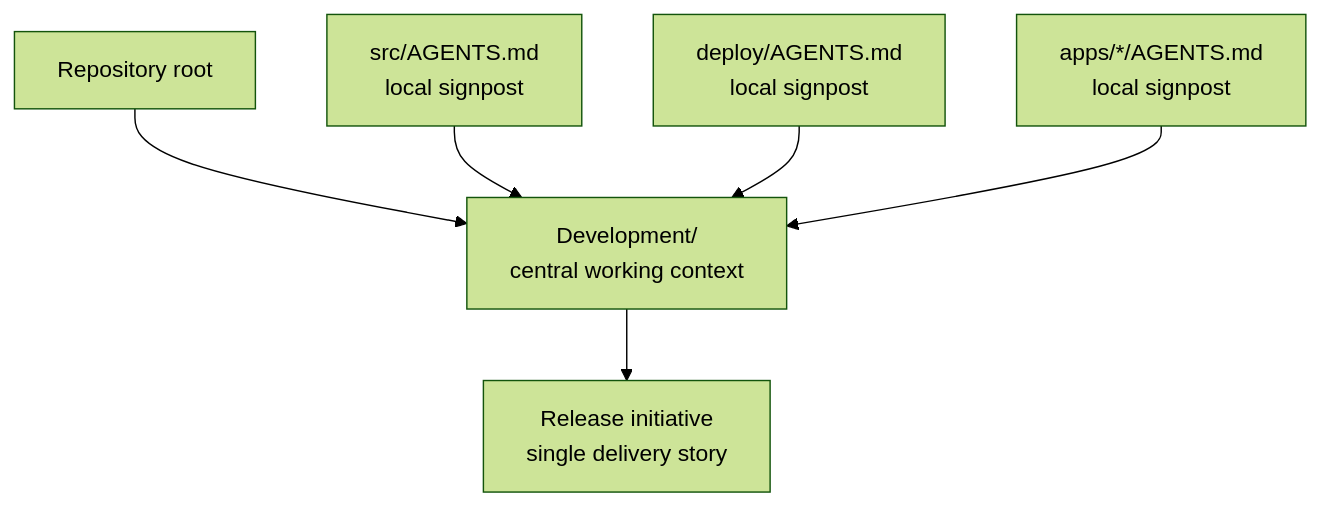
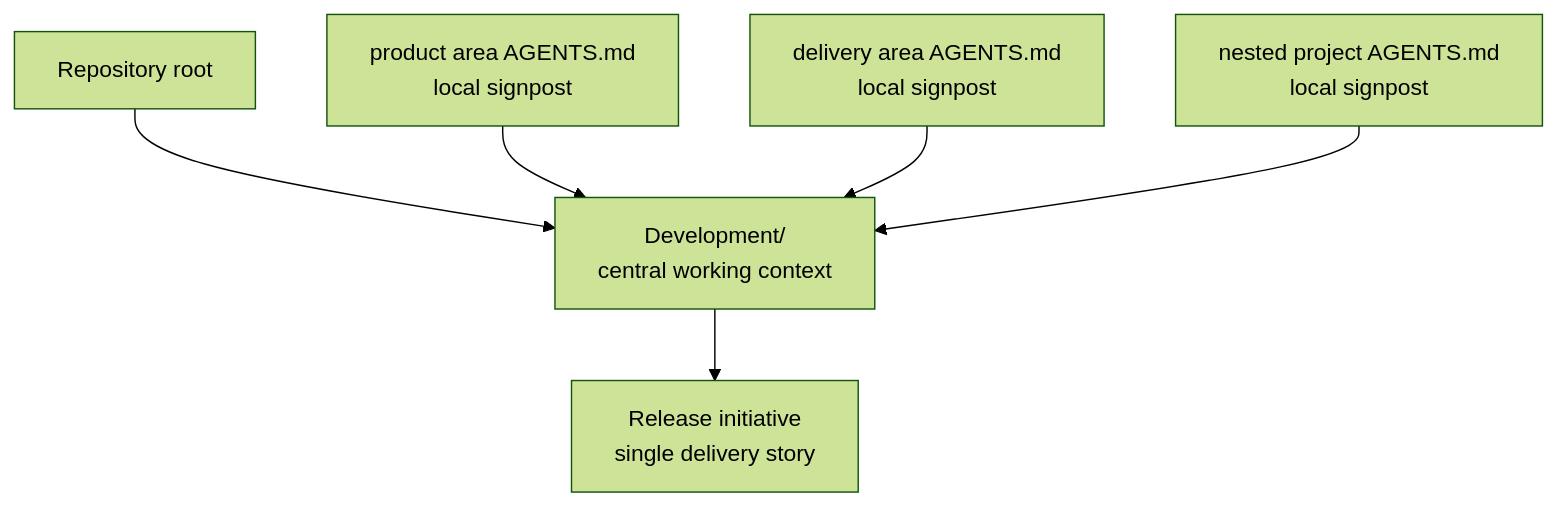
One commit to richieto/durable-context changed the second of 7 diagrams in Development/giving-ai-agents-context-around-code.md. Above: the diagram before and after it, drawn with Mermaid (forest theme). The commit also changed other lines of this file and 15 other files, not shown here.

````diff
--- a/Development/giving-ai-agents-context-around-code.md
+++ b/Development/giving-ai-agents-context-around-code.md
@@ -91,15 +91,15 @@
 ```mermaid
 flowchart TD
   Root["Repository root"]
-  AreaA["src/AGENTS.md<br/>local signpost"]
-  AreaB["deploy/AGENTS.md<br/>local signpost"]
-  AreaC["apps/*/AGENTS.md<br/>local signpost"]
+  AreaA["product area AGENTS.md<br/>local signpost"]
+  AreaB["delivery area AGENTS.md<br/>local signpost"]
+  AreaC["nested project AGENTS.md<br/>local signpost"]
   Dev["Development/<br/>central working context"]
   Initiative["Release initiative<br/>single delivery story"]
 
   Root --> Dev
   AreaA --> Dev
   AreaB --> Dev
   AreaC --> Dev
   Dev --> Initiative
 ```
````
